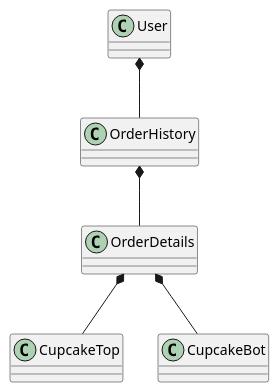
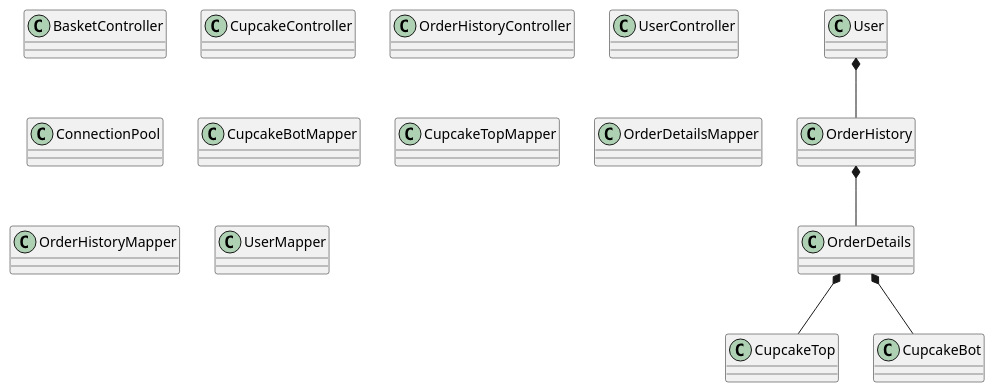
Before and after one commit to EmilDagsberg/Cupcake-Project: the diagram in doc/domainDiagram.puml, drawn with PlantUML.

Commit message:
Lavet lidt på domænemodellen, men ikke færdig

```diff
--- a/doc/domainDiagram.puml
+++ b/doc/domainDiagram.puml
@@ -1,13 +1,23 @@
 @startuml
 class User
 class OrderHistory
 class OrderDetails
 class CupcakeTop
 class CupcakeBot
+class BasketController
+class CupcakeController
+class OrderHistoryController
+class UserController
+class ConnectionPool
+class CupcakeBotMapper
+class CupcakeTopMapper
+class OrderDetailsMapper
+class OrderHistoryMapper
+class UserMapper
 
 User *-- OrderHistory
 OrderHistory *-- OrderDetails
 OrderDetails *-- CupcakeBot
 OrderDetails *-- CupcakeTop
 
 @enduml
```
